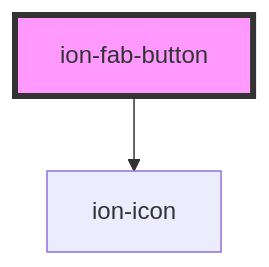
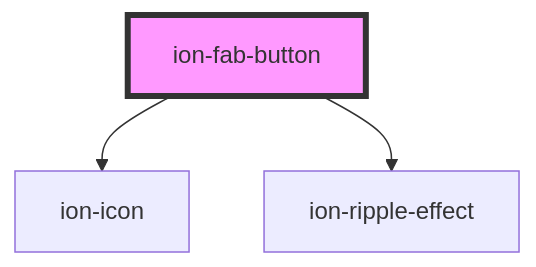
Before and after one commit to MEDGRUPOGIT/ionic-framework-1: the diagram in core/src/components/fab-button/readme.md, drawn with Mermaid. The commit also changed other lines of this file and 89 other files, not shown here.

````diff
--- a/core/src/components/fab-button/readme.md
+++ b/core/src/components/fab-button/readme.md
@@ -221,5 +221,6 @@
 ```mermaid
 graph TD;
   ion-fab-button --> ion-icon
+  ion-fab-button --> ion-ripple-effect
   style ion-fab-button fill:#f9f,stroke:#333,stroke-width:4px
 ```
````
